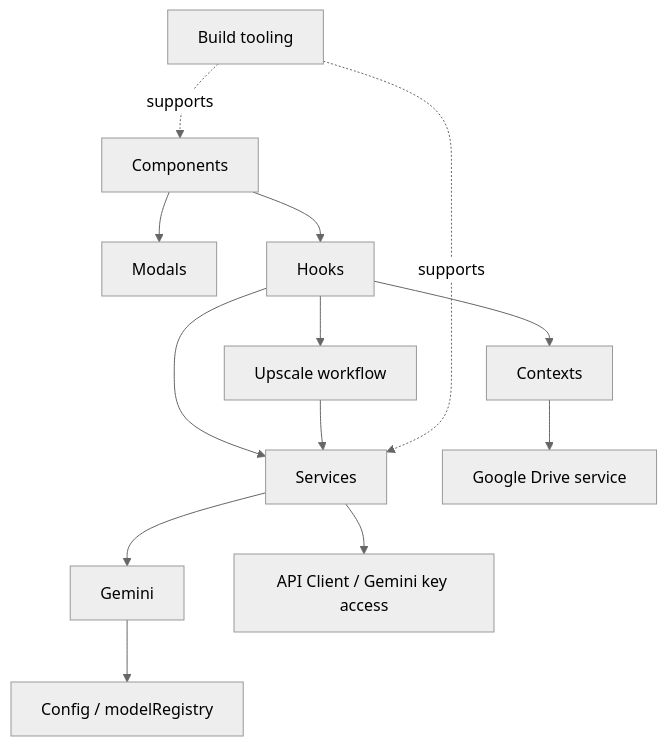
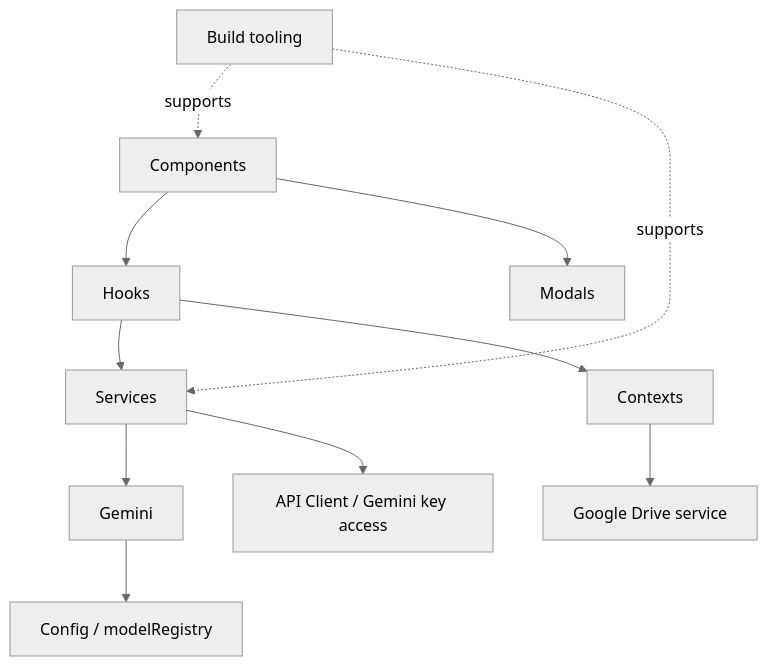
Before and after one commit to monet88/chang-store: the diagram in docs/ARCHITECTURE.md, drawn with Mermaid (neutral theme). The commit also changed other lines of this file and 59 other files, not shown here.

````diff
--- a/docs/ARCHITECTURE.md
+++ b/docs/ARCHITECTURE.md
@@ -118,27 +110,24 @@
 ```mermaid
 flowchart TD
     UI[Components]
     MODALS[Modals]
     HOOKS[Hooks]
     SERVICES[Services]
     GEMINI[Gemini]
     CONFIG[Config / modelRegistry]
     CONTEXTS[Contexts]
-    UPSCALE[Upscale workflow]
     BUILD[Build tooling]
     DRIVE[Google Drive service]
     API[API Client / Gemini key access]
 
     UI --> HOOKS
     UI --> MODALS
     HOOKS --> SERVICES
     HOOKS --> CONTEXTS
     SERVICES --> GEMINI
     SERVICES --> API
     GEMINI --> CONFIG
     CONTEXTS --> DRIVE
-    HOOKS --> UPSCALE
-    UPSCALE --> SERVICES
     BUILD -. supports .-> UI
     BUILD -. supports .-> SERVICES
 ```
````
